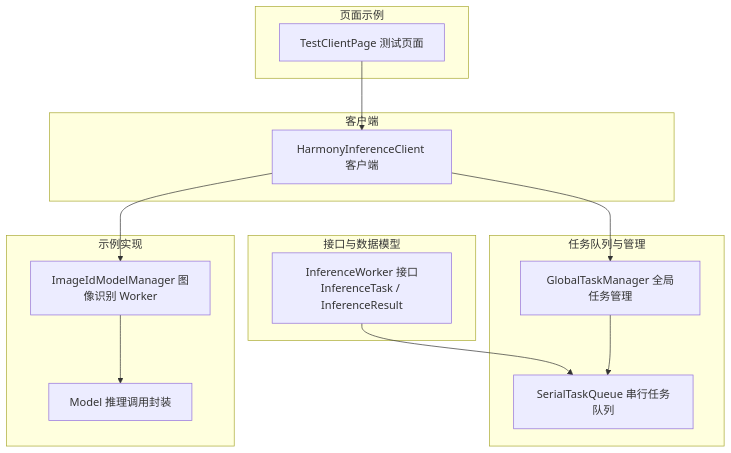
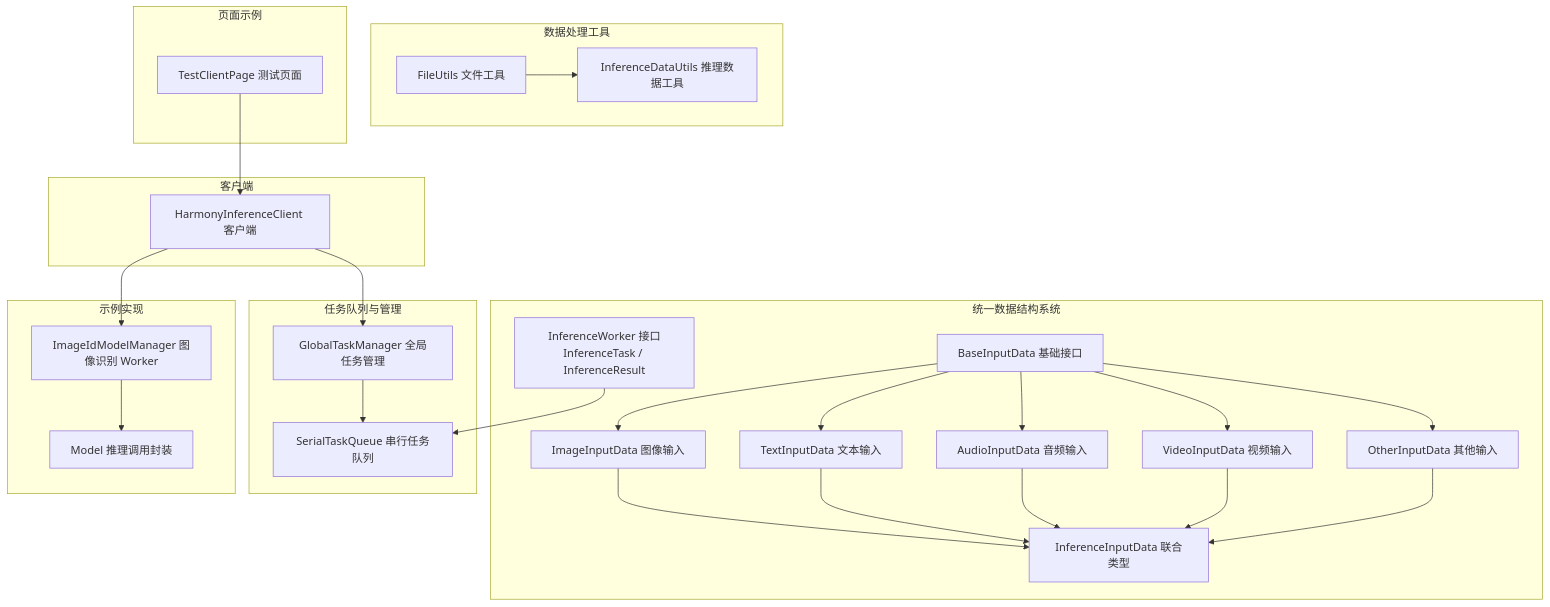
One commit to huo65/OH-Co3 changed the first of 3 diagrams in .qoder/repowiki/zh/content/推理核心模块/推理工作者接口.md. Above: the diagram before and after it, drawn with Mermaid. The commit also changed other lines of this file and 15 other files, not shown here.

````diff
--- a/.qoder/repowiki/zh/content/推理核心模块/推理工作者接口.md
+++ b/.qoder/repowiki/zh/content/推理核心模块/推理工作者接口.md
@@ -36,26 +48,48 @@
 ```mermaid
 graph TB
-subgraph "接口与数据模型"
+subgraph "统一数据结构系统"
 IW["InferenceWorker 接口<br/>InferenceTask / InferenceResult"]
+BID["BaseInputData 基础接口"]
+IID["ImageInputData 图像输入"]
+TID["TextInputData 文本输入"]
+AID["AudioInputData 音频输入"]
+VID["VideoInputData 视频输入"]
+OID["OtherInputData 其他输入"]
+IIT["InferenceInputData 联合类型"]
 end
 subgraph "任务队列与管理"
 GTM["GlobalTaskManager 全局任务管理"]
 STQ["SerialTaskQueue 串行任务队列"]
 end
 subgraph "客户端"
 HIC["HarmonyInferenceClient 客户端"]
 end
 subgraph "示例实现"
 IM["ImageIdModelManager 图像识别 Worker"]
 MS["Model 推理调用封装"]
 end
+subgraph "数据处理工具"
+FDU["FileUtils 文件工具"]
+IDU["InferenceDataUtils 推理数据工具"]
+end
 subgraph "页面示例"
 TCP["TestClientPage 测试页面"]
 end
 IW --> STQ
+BID --> IID
+BID --> TID
+BID --> AID
+BID --> VID
+BID --> OID
+IID --> IIT
+TID --> IIT
+AID --> IIT
+VID --> IIT
+OID --> IIT
 GTM --> STQ
 HIC --> GTM
 HIC --> IM
 IM --> MS
+FDU --> IDU
 TCP --> HIC
 ```
````
